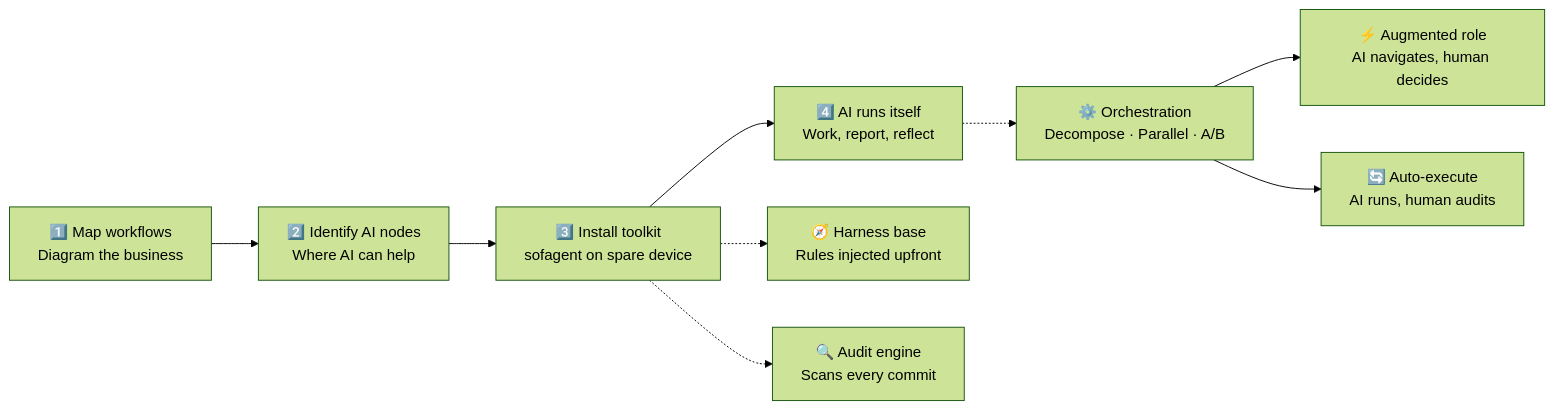
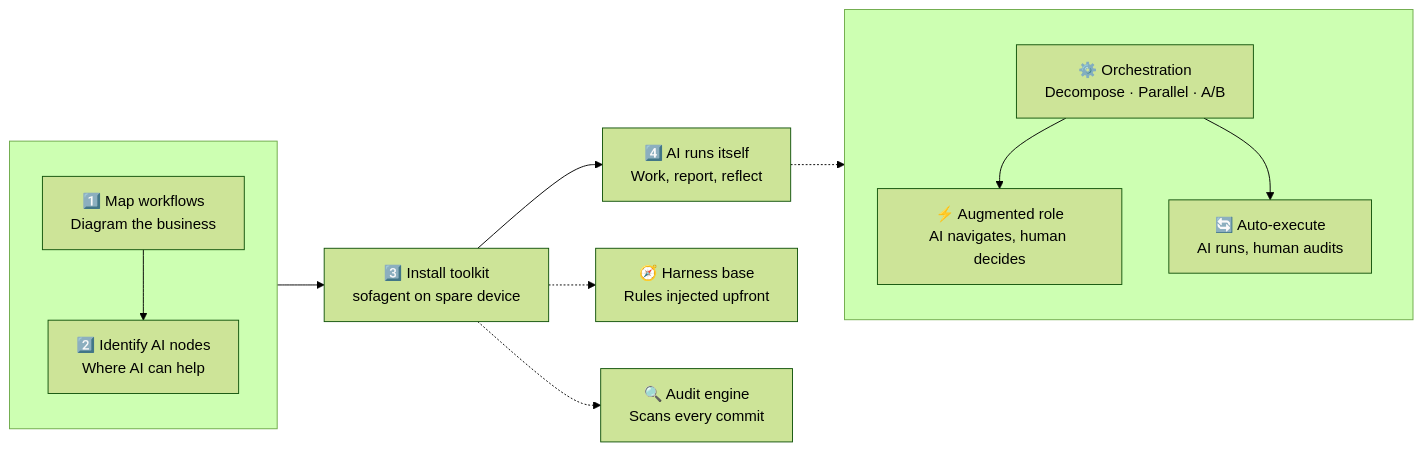
One commit to KongFangXun/sofagent changed the first of 4 diagrams in README.en.md. Above: the diagram before and after it, drawn with Mermaid (forest theme). The commit also changed other lines of this file and 16 other files, not shown here.

````diff
--- a/README.en.md
+++ b/README.en.md
@@ -62,13 +62,26 @@
 ```mermaid
 graph LR
-    A["1️⃣ Map workflows<br/>Diagram the business"] --> B["2️⃣ Identify AI nodes<br/>Where AI can help"]
+    subgraph identify[" "]
+        direction TB
+        A["1️⃣ Map workflows<br/>Diagram the business"]
+        B["2️⃣ Identify AI nodes<br/>Where AI can help"]
+    end
+
+    A --> B
     B --> C["3️⃣ Install toolkit<br/>sofagent on spare device"]
     C --> D["4️⃣ AI runs itself<br/>Work, report, reflect"]
 
     C -.-> E["🧭 Harness base<br/>Rules injected upfront"]
     C -.-> F["🔍 Audit engine<br/>Scans every commit"]
-    D -.-> G["⚙️ Orchestration<br/>Decompose · Parallel · A/B"]
 
-    G --> H["⚡ Augmented role<br/>AI navigates, human decides"]
-    G --> I["🔄 Auto-execute<br/>AI runs, human audits"]
+    subgraph output[" "]
+        direction TB
+        G["⚙️ Orchestration<br/>Decompose · Parallel · A/B"]
+        H["⚡ Augmented role<br/>AI navigates, human decides"]
+        I["🔄 Auto-execute<br/>AI runs, human audits"]
+    end
+
+    D -.-> G
+    G --> H
+    G --> I
 ```
````
